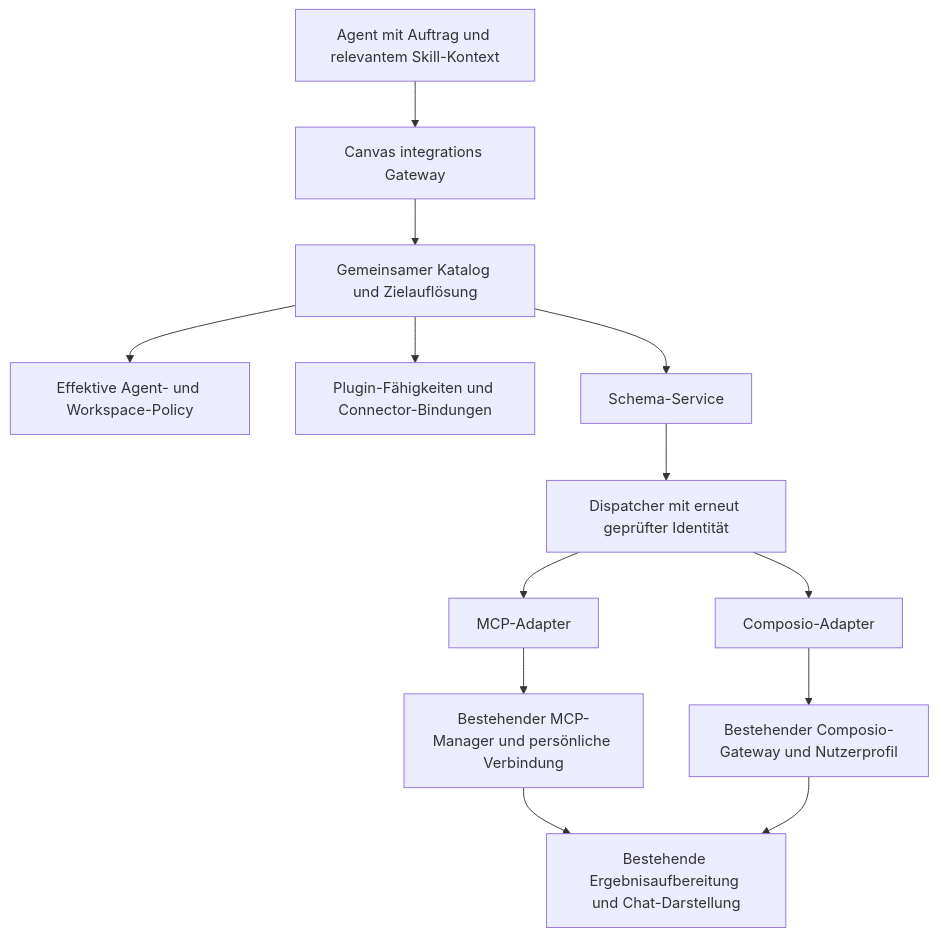
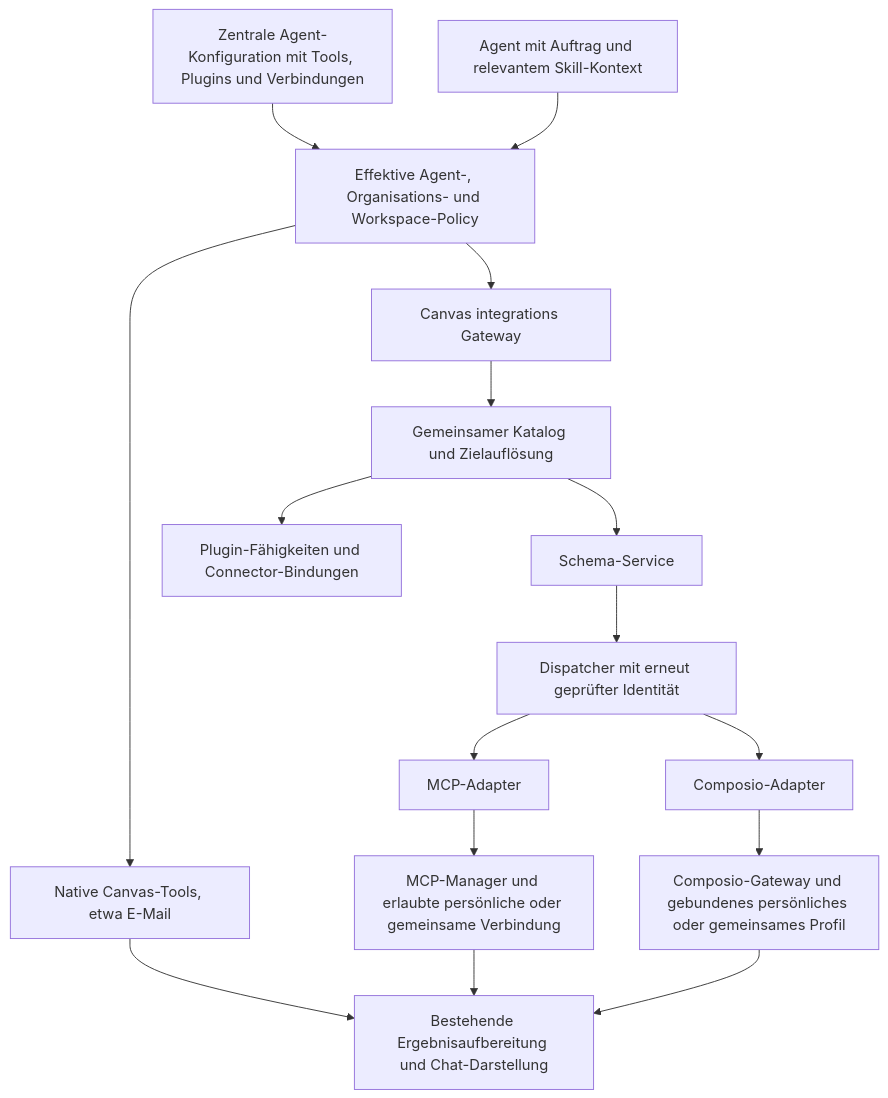
One commit to canvascoding/canvas-notebook changed the diagram in docs/architecture/canvas-notebook/plugin-tool-gateway/plan.md. Above: the diagram before and after it, drawn with Mermaid. The commit also changed other lines of this file, not shown here.

````diff
--- a/docs/architecture/canvas-notebook/plugin-tool-gateway/plan.md
+++ b/docs/architecture/canvas-notebook/plugin-tool-gateway/plan.md
@@ -46,15 +53,18 @@
 ```mermaid
 flowchart TD
-  A[Agent mit Auftrag und relevantem Skill-Kontext] --> G[Canvas integrations Gateway]
+  V[Zentrale Agent-Konfiguration mit Tools, Plugins und Verbindungen] --> P[Effektive Agent-, Organisations- und Workspace-Policy]
+  A[Agent mit Auftrag und relevantem Skill-Kontext] --> P
+  P --> N[Native Canvas-Tools, etwa E-Mail]
+  P --> G[Canvas integrations Gateway]
   G --> C[Gemeinsamer Katalog und Zielauflösung]
-  C --> P[Effektive Agent- und Workspace-Policy]
   C --> B[Plugin-Fähigkeiten und Connector-Bindungen]
   C --> S[Schema-Service]
   S --> R[Dispatcher mit erneut geprüfter Identität]
   R --> M[MCP-Adapter]
   R --> O[Composio-Adapter]
-  M --> MM[Bestehender MCP-Manager und persönliche Verbindung]
-  O --> OG[Bestehender Composio-Gateway und Nutzerprofil]
+  M --> MM[MCP-Manager und erlaubte persönliche oder gemeinsame Verbindung]
+  O --> OG[Composio-Gateway und gebundenes persönliches oder gemeinsames Profil]
+  N --> U[Bestehende Ergebnisaufbereitung und Chat-Darstellung]
   MM --> U[Bestehende Ergebnisaufbereitung und Chat-Darstellung]
   OG --> U
 ```
````
